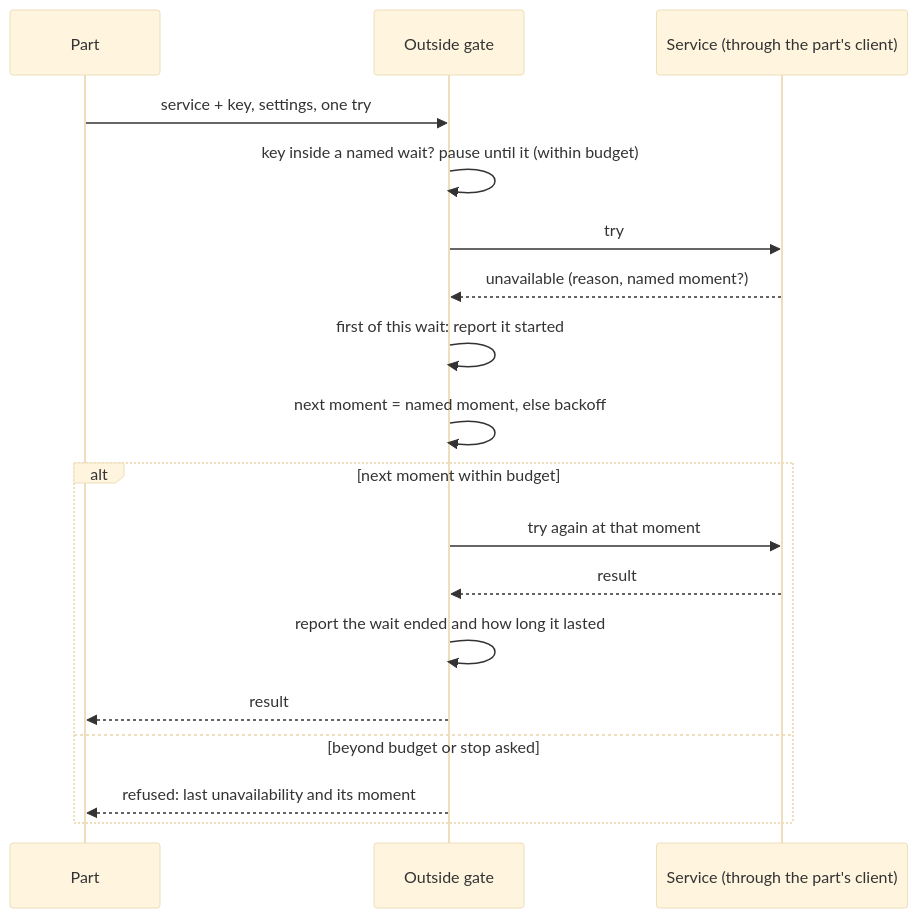
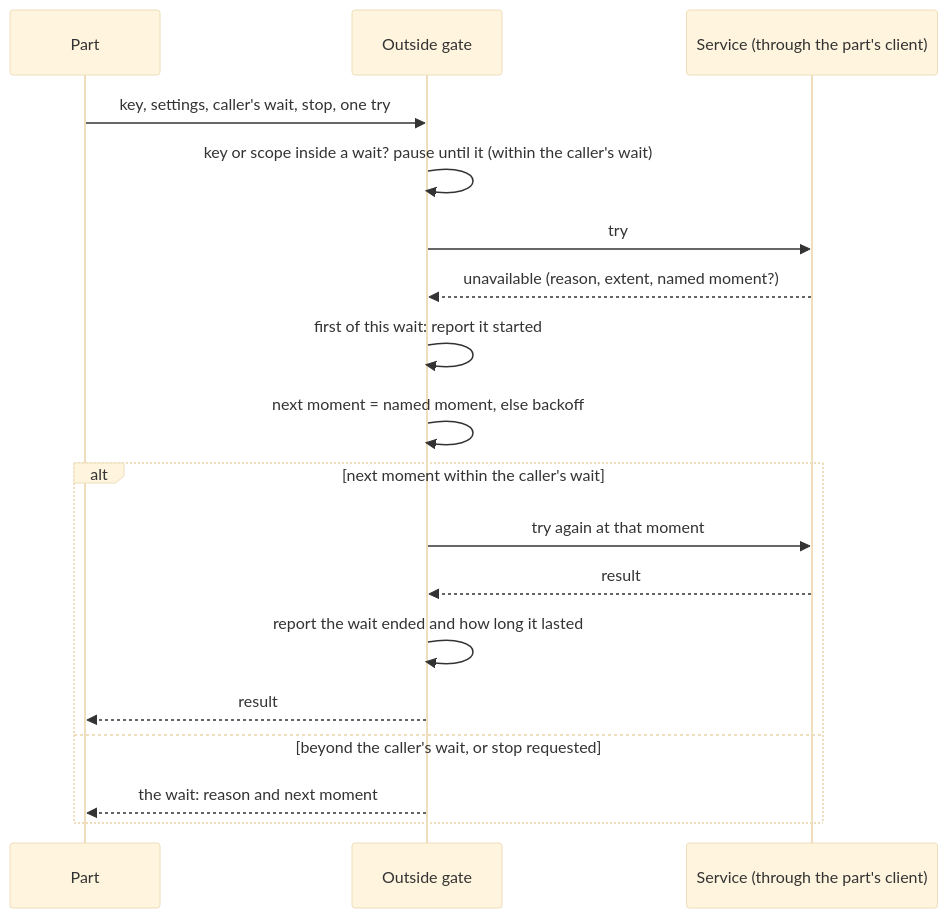
The diagram in docs/project/design/architecture/outside-gate.md (InstruktAI/instrukt), drawn with Mermaid (base theme) before and after one commit. The commit also changed other lines of this file and 5 other files, not shown here.

````diff
--- a/docs/project/design/architecture/outside-gate.md
+++ b/docs/project/design/architecture/outside-gate.md
@@ -153,20 +136,20 @@
 ```mermaid
 sequenceDiagram
   participant P as Part
   participant G as Outside gate
   participant S as Service (through the part's client)
-  P->>G: service + key, settings, one try
-  G->>G: key inside a named wait? pause until it (within budget)
+  P->>G: key, settings, caller's wait, stop, one try
+  G->>G: key or scope inside a wait? pause until it (within the caller's wait)
   G->>S: try
-  S-->>G: unavailable (reason, named moment?)
+  S-->>G: unavailable (reason, extent, named moment?)
   G->>G: first of this wait: report it started
   G->>G: next moment = named moment, else backoff
-  alt next moment within budget
+  alt next moment within the caller's wait
     G->>S: try again at that moment
     S-->>G: result
     G->>G: report the wait ended and how long it lasted
     G-->>P: result
-  else beyond budget or stop asked
-    G-->>P: refused: last unavailability and its moment
+  else beyond the caller's wait, or stop requested
+    G-->>P: the wait: reason and next moment
   end
 ```
````
